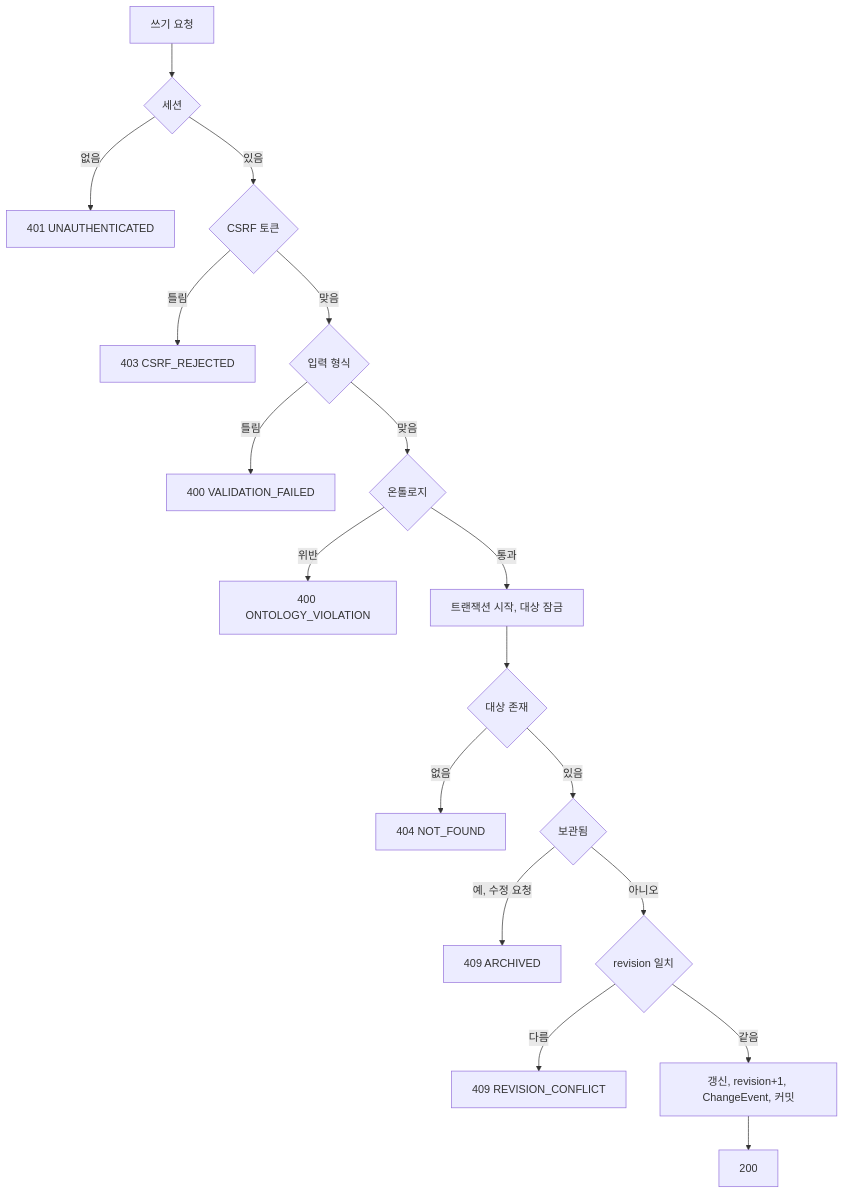
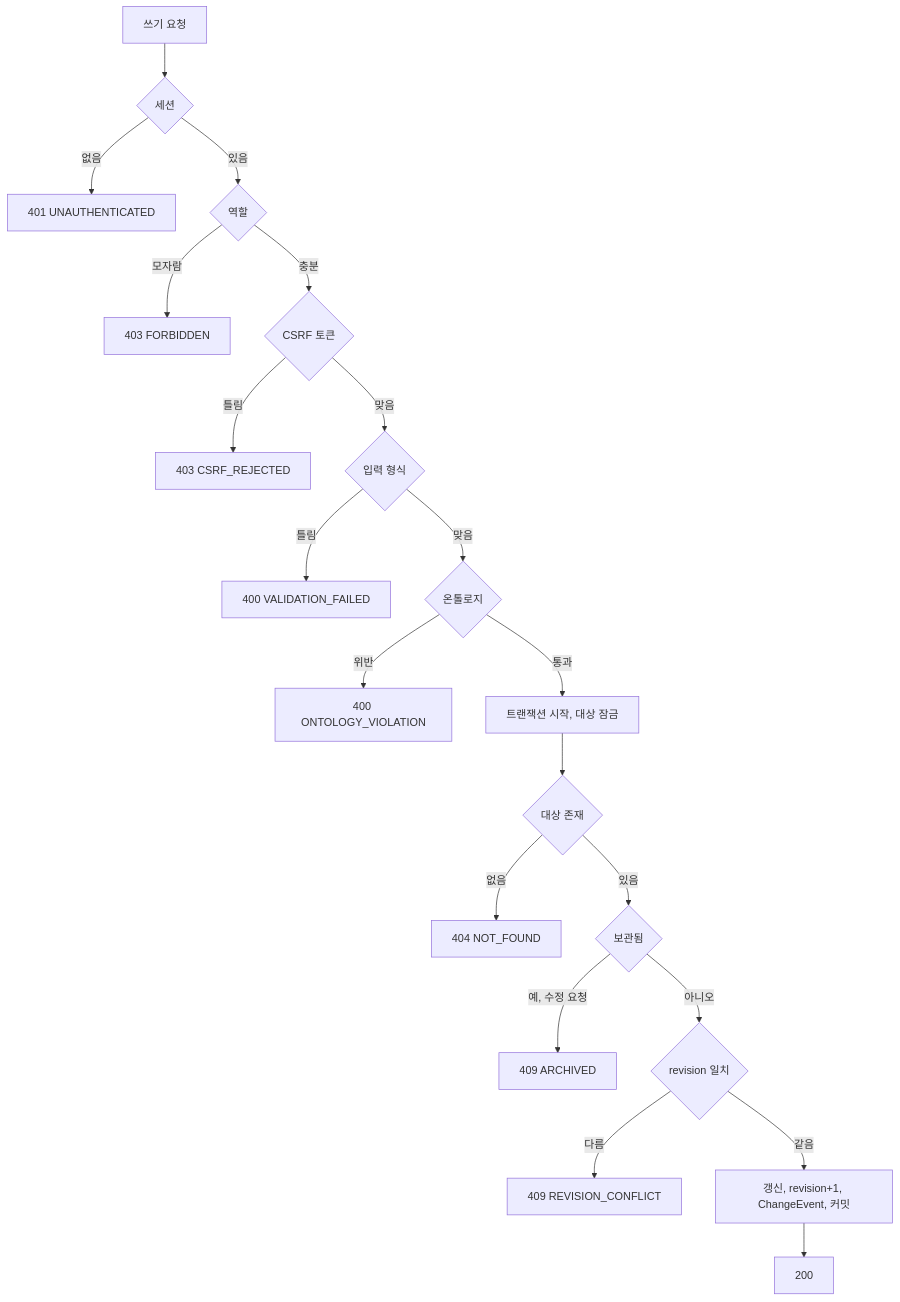
The fourth of 6 diagrams in financial-workbench/docs/flow.md (jon890/fos-graphrag), drawn with Mermaid before and after one commit. The commit also changed other lines of this file and 40 other files, not shown here.

````diff
--- a/financial-workbench/docs/flow.md
+++ b/financial-workbench/docs/flow.md
@@ -73,20 +80,22 @@
 ```mermaid
 flowchart TD
   R[쓰기 요청] --> S{세션}
   S -- 없음 --> E401[401 UNAUTHENTICATED]
-  S -- 있음 --> C{CSRF 토큰}
+  S -- 있음 --> RL{역할}
+  RL -- 모자람 --> E403R[403 FORBIDDEN]
+  RL -- 충분 --> C{CSRF 토큰}
   C -- 틀림 --> E403[403 CSRF_REJECTED]
   C -- 맞음 --> V{입력 형식}
   V -- 틀림 --> E400[400 VALIDATION_FAILED]
   V -- 맞음 --> O{온톨로지}
   O -- 위반 --> E400O[400 ONTOLOGY_VIOLATION]
   O -- 통과 --> L[트랜잭션 시작, 대상 잠금]
   L --> F{대상 존재}
   F -- 없음 --> E404[404 NOT_FOUND]
   F -- 있음 --> AR{보관됨}
   AR -- 예, 수정 요청 --> E409A[409 ARCHIVED]
   AR -- 아니오 --> RV{revision 일치}
   RV -- 다름 --> E409[409 REVISION_CONFLICT]
   RV -- 같음 --> W[갱신, revision+1, ChangeEvent, 커밋]
   W --> OK[200]
 ```
````
